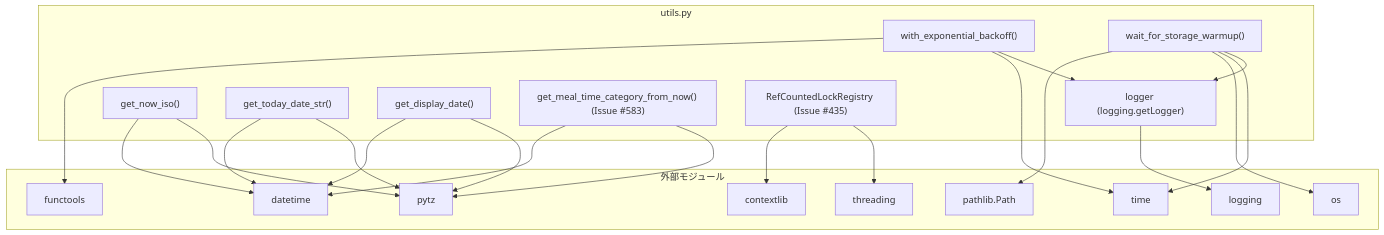
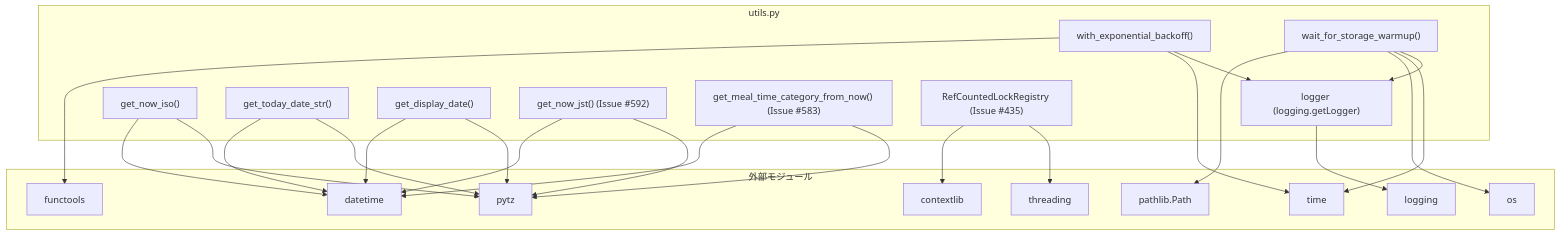
The second of 2 diagrams in docs/specifications/MY_HOME_SYSTEM/utils.md (mmtigers/my_python_project), drawn with Mermaid before and after one commit. The commit also changed other lines of this file and 24 other files, not shown here.

````diff
--- a/docs/specifications/MY_HOME_SYSTEM/utils.md
+++ b/docs/specifications/MY_HOME_SYSTEM/utils.md
@@ -316,49 +343,52 @@
 ```mermaid
 graph TD
     subgraph utils.py
         logger["logger (logging.getLogger)"]
         get_now_iso["get_now_iso()"]
         get_today_date_str["get_today_date_str()"]
         get_display_date["get_display_date()"]
+        get_now_jst["get_now_jst() (Issue #592)"]
         get_meal_time_category_from_now["get_meal_time_category_from_now() (Issue #583)"]
         RefCountedLockRegistry["RefCountedLockRegistry (Issue #435)"]
         with_exponential_backoff["with_exponential_backoff()"]
         wait_for_storage_warmup["wait_for_storage_warmup()"]
     end
 
     subgraph 外部モジュール
         contextlib["contextlib"]
         datetime["datetime"]
         pytz["pytz"]
         threading["threading"]
         time["time"]
         functools["functools"]
         logging["logging"]
         os["os"]
         pathlib["pathlib.Path"]
     end
 
     RefCountedLockRegistry --> contextlib
     RefCountedLockRegistry --> threading
 
     get_now_iso --> datetime
     get_now_iso --> pytz
     get_today_date_str --> datetime
     get_today_date_str --> pytz
     get_display_date --> datetime
     get_display_date --> pytz
     get_meal_time_category_from_now --> datetime
     get_meal_time_category_from_now --> pytz
+    get_now_jst --> datetime
+    get_now_jst --> pytz
 
     with_exponential_backoff --> functools
     with_exponential_backoff --> time
     with_exponential_backoff --> logger
 
     wait_for_storage_warmup --> pathlib
     wait_for_storage_warmup --> os
     wait_for_storage_warmup --> time
     wait_for_storage_warmup --> logger
 
     logger --> logging
 
 ```
````
